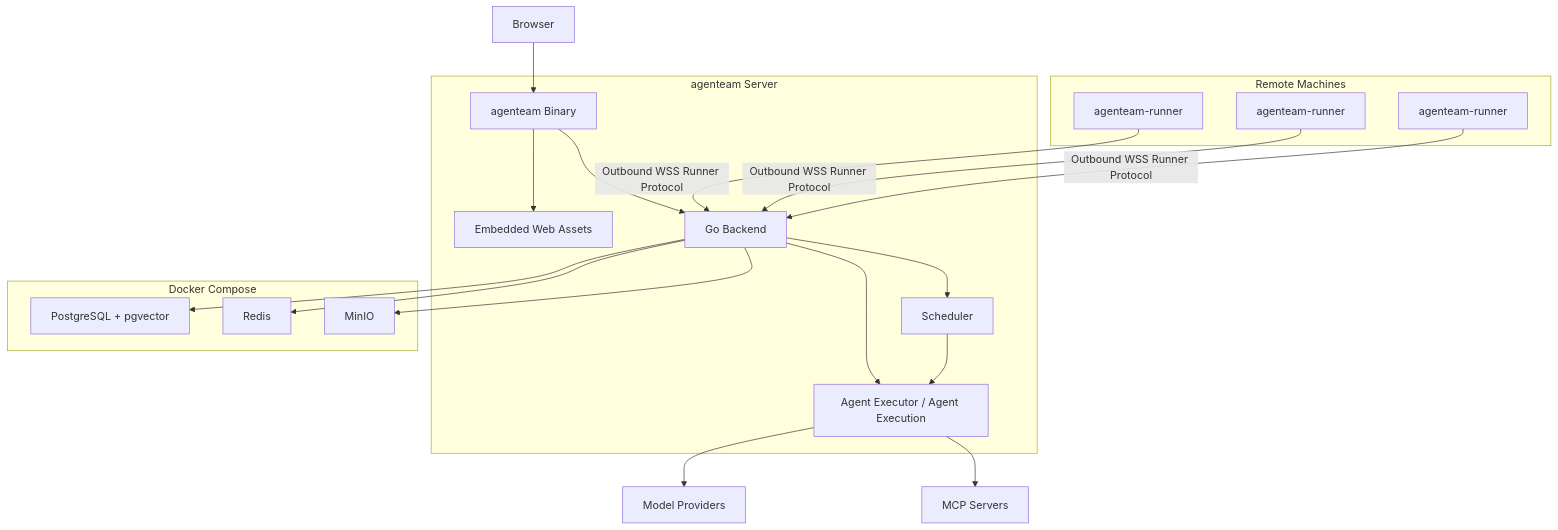
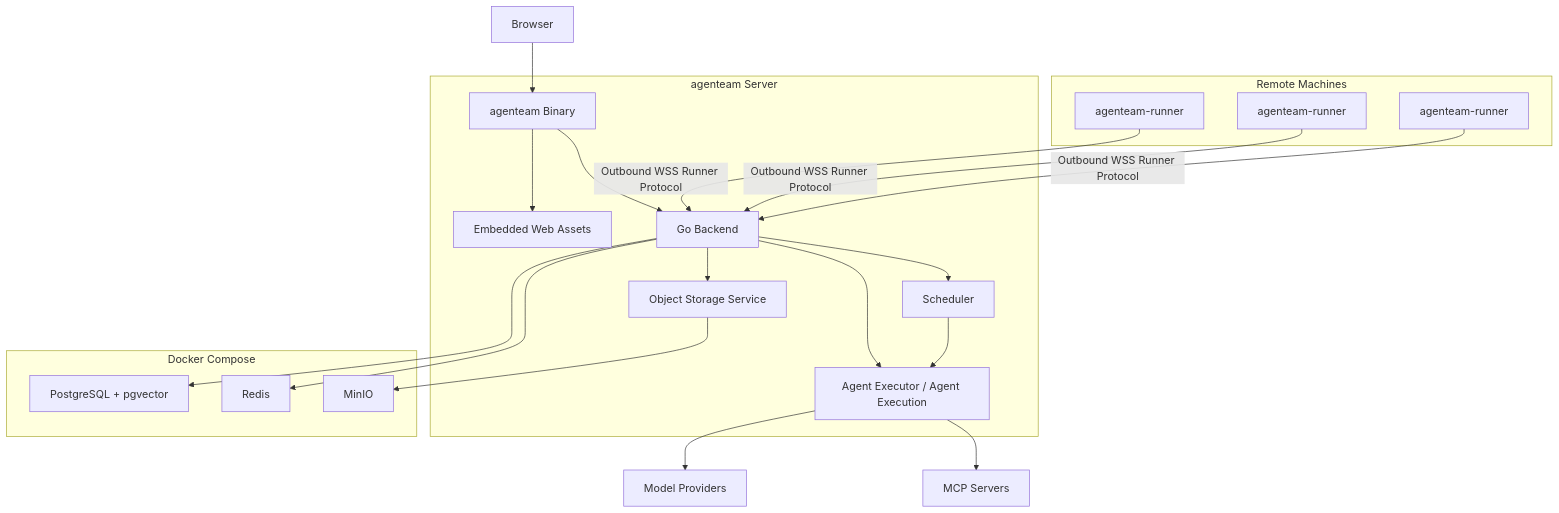
The fourth of 4 diagrams in docs/architecture/platform-infrastructure.md (LunaDeerTech/agenteam), drawn with Mermaid before and after one commit. The commit also changed other lines of this file and 6 other files, not shown here.

Commit message:
docs: refine tool runtime and object storage design

````diff
--- a/docs/architecture/platform-infrastructure.md
+++ b/docs/architecture/platform-infrastructure.md
@@ -380,47 +428,49 @@
 ```mermaid
 flowchart TB
     Browser["Browser"]
 
     subgraph Main["agenteam Server"]
         Binary["agenteam Binary"]
         Frontend["Embedded Web Assets"]
         API["Go Backend"]
         Scheduler["Scheduler"]
         Executor["Agent Executor / Agent Execution"]
+        ObjectStorage["Object Storage Service"]
     end
 
     subgraph Infra["Docker Compose"]
         PG["PostgreSQL + pgvector"]
         Redis["Redis"]
         MinIO["MinIO"]
     end
 
     subgraph Remote["Remote Machines"]
         Runner1["agenteam-runner"]
         Runner2["agenteam-runner"]
         RunnerN["agenteam-runner"]
     end
 
     Providers["Model Providers"]
     MCP["MCP Servers"]
 
     Browser --> Binary
 
     Binary --> Frontend
     Binary --> API
 
     API --> Scheduler
     API --> Executor
     Scheduler --> Executor
 
     API --> PG
     API --> Redis
-    API --> MinIO
+    API --> ObjectStorage
+    ObjectStorage --> MinIO
 
     Executor --> Providers
     Executor --> MCP
 
     Runner1 -->|Outbound WSS Runner Protocol| API
     Runner2 -->|Outbound WSS Runner Protocol| API
     RunnerN -->|Outbound WSS Runner Protocol| API
 ```
````
